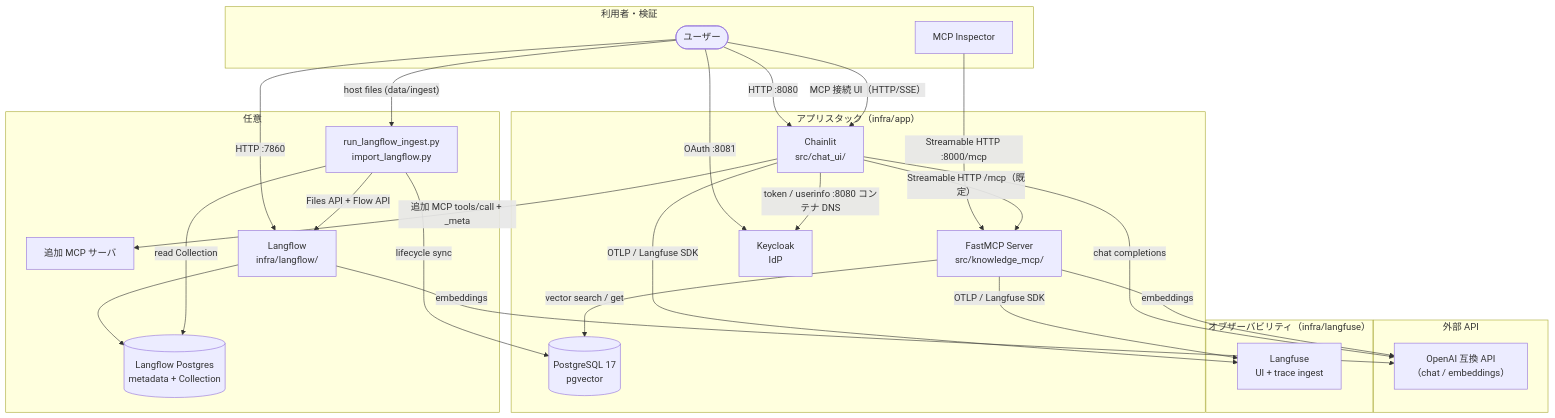
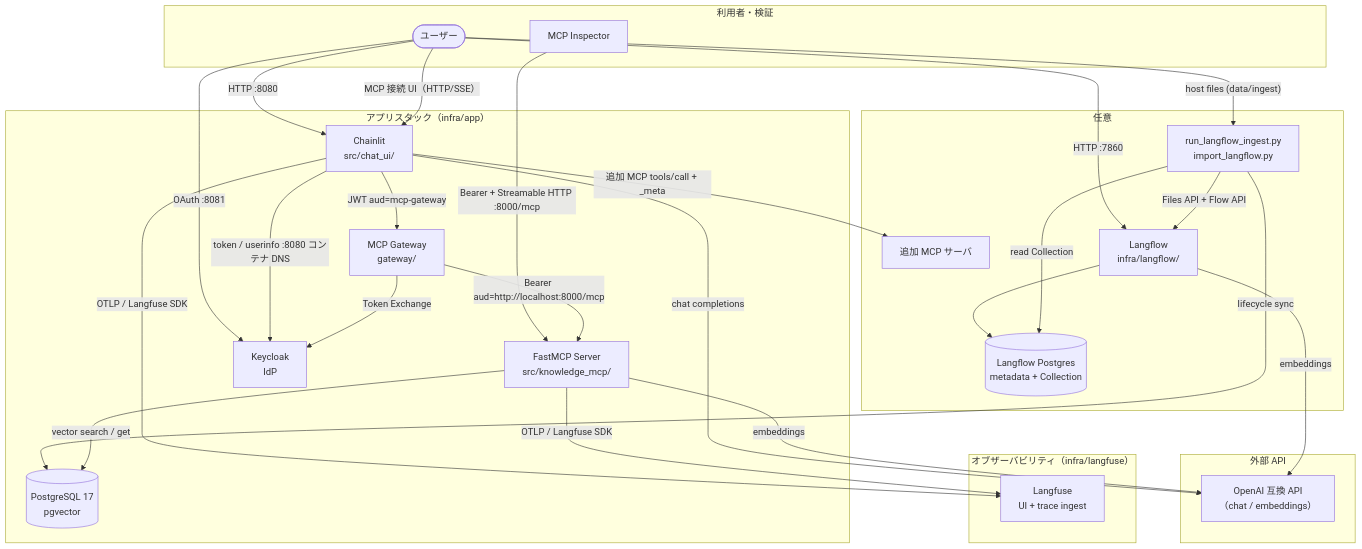
Before and after one commit to s-kodani/template-ai-coding: the first of 2 diagrams in docs/current/architecture.md, drawn with Mermaid. The commit also changed other lines of this file and 75 other files, not shown here.

First line of the commit message:
feat: Chainlit × Keycloak × MCP Gateway で knowledge-mcp を Resource Server にする (#46)

````diff
--- a/docs/current/architecture.md
+++ b/docs/current/architecture.md
@@ -28,49 +29,52 @@
 ```mermaid
 flowchart TB
     subgraph users["利用者・検証"]
         User([ユーザー])
         Inspector[MCP Inspector]
     end
 
     subgraph app["アプリスタック（infra/app）"]
         Chainlit["Chainlit<br/>src/chat_ui/"]
+        Gateway["MCP Gateway<br/>gateway/"]
         MCP["FastMCP Server<br/>src/knowledge_mcp/"]
         PG[("PostgreSQL 17<br/>pgvector")]
         Keycloak["Keycloak<br/>IdP"]
     end
 
     subgraph external["外部 API"]
         LLM["OpenAI 互換 API<br/>（chat / embeddings）"]
     end
 
     subgraph observability["オブザーバビリティ（infra/langfuse）"]
         Langfuse["Langfuse<br/>UI + trace ingest"]
     end
 
     subgraph optional["任意"]
         ExtraMCP[追加 MCP サーバ]
         Langflow["Langflow<br/>infra/langflow/"]
         LFPG[("Langflow Postgres<br/>metadata + Collection")]
         Adapter["run_langflow_ingest.py\nimport_langflow.py"]
     end
 
     User -->|HTTP :8080| Chainlit
     User -->|OAuth :8081| Keycloak
     Chainlit -->|token / userinfo :8080 コンテナ DNS| Keycloak
     User -->|HTTP :7860| Langflow
     User -->|"host files (data/ingest)"| Adapter
     Adapter -->|"Files API + Flow API"| Langflow
     Langflow --> LFPG
     Langflow -->|embeddings| LLM
     Adapter -->|read Collection| LFPG
     Adapter -->|lifecycle sync| PG
     User -->|"MCP 接続 UI（HTTP/SSE）"| Chainlit
-    Inspector -->|"Streamable HTTP :8000/mcp"| MCP
-    Chainlit -->|"Streamable HTTP /mcp（既定）"| MCP
+    Inspector -->|"Bearer + Streamable HTTP :8000/mcp"| MCP
+    Chainlit -->|"JWT aud=mcp-gateway"| Gateway
+    Gateway -->|Token Exchange| Keycloak
+    Gateway -->|"Bearer aud=http://localhost:8000/mcp"| MCP
     Chainlit -->|追加 MCP tools/call + _meta| ExtraMCP
     Chainlit -->|chat completions| LLM
     MCP -->|vector search / get| PG
     MCP -->|embeddings| LLM
     Chainlit -->|OTLP / Langfuse SDK| Langfuse
     MCP -->|OTLP / Langfuse SDK| Langfuse
 ```
````
